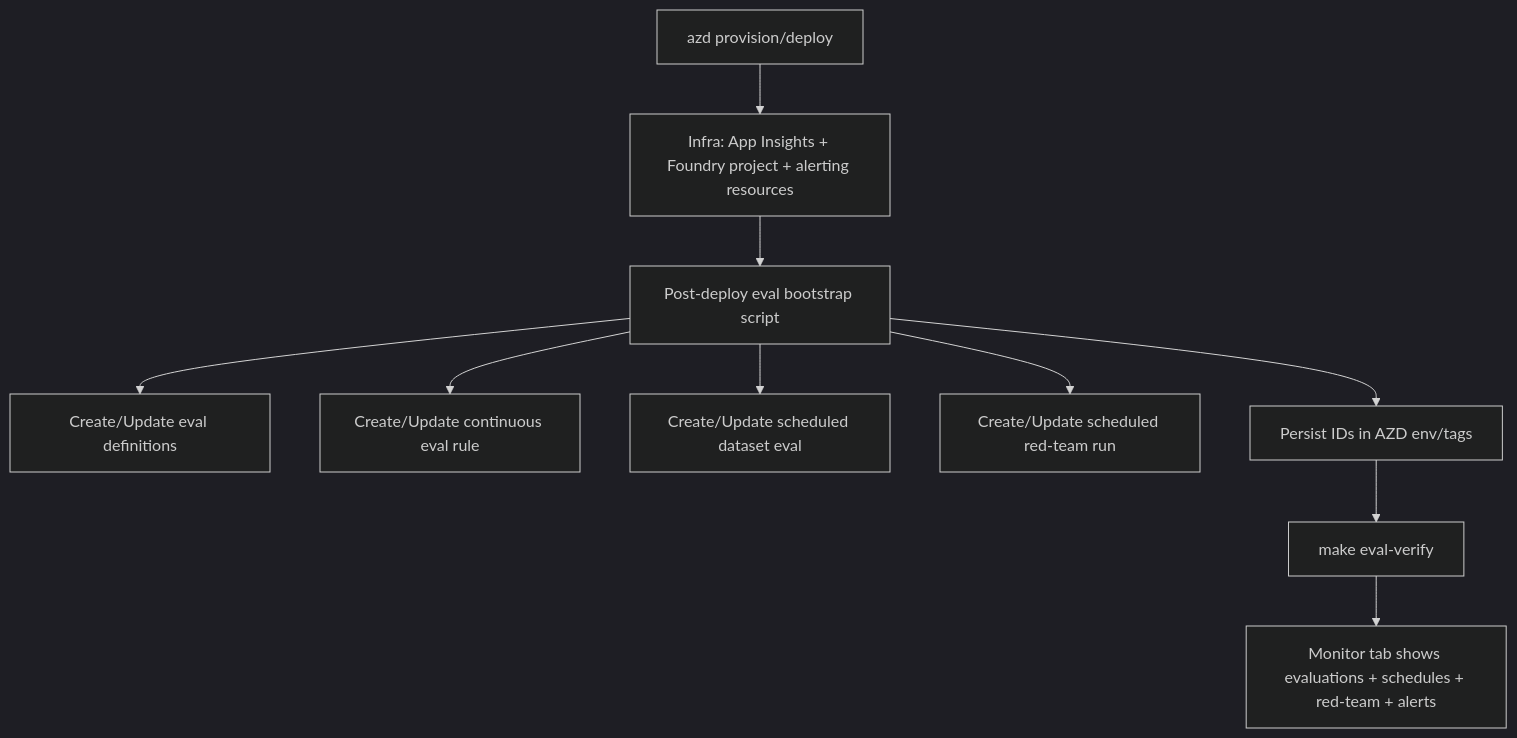
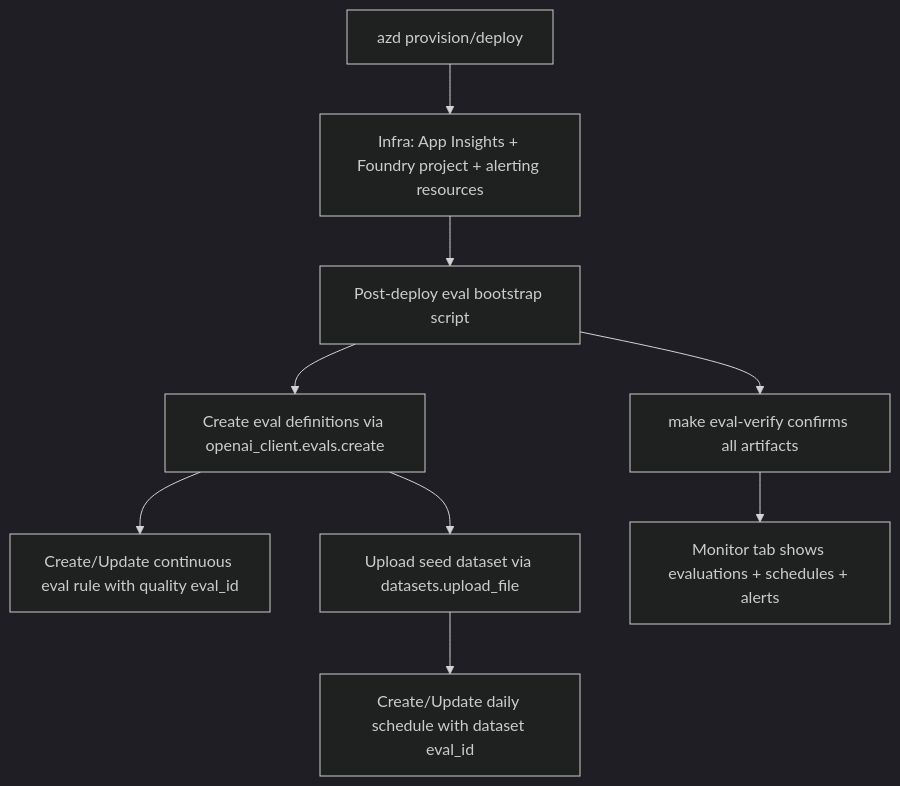
One commit to aldelar/azure-knowledge-base-ingestion changed the diagram in docs/epics/006-foundry-agent-evaluations.md. Above: the diagram before and after it, drawn with Mermaid (dark theme). The commit also changed other lines of this file and 32 other files, not shown here.

````diff
--- a/docs/epics/006-foundry-agent-evaluations.md
+++ b/docs/epics/006-foundry-agent-evaluations.md
@@ -79,12 +104,11 @@
 ```mermaid
 flowchart TD
     A[azd provision/deploy] --> B[Infra: App Insights + Foundry project + alerting resources]
     B --> C[Post-deploy eval bootstrap script]
-    C --> D[Create/Update eval definitions]
-    C --> E[Create/Update continuous eval rule]
-    C --> F[Create/Update scheduled dataset eval]
-    C --> G[Create/Update scheduled red-team run]
-    C --> H[Persist IDs in AZD env/tags]
-    H --> I[make eval-verify]
-    I --> J[Monitor tab shows evaluations + schedules + red-team + alerts]
+    C --> D[Create eval definitions via openai_client.evals.create]
+    D --> E[Create/Update continuous eval rule with quality eval_id]
+    D --> F0[Upload seed dataset via datasets.upload_file]
+    F0 --> F[Create/Update daily schedule with dataset eval_id]
+    C --> H[make eval-verify confirms all artifacts]
+    H --> I[Monitor tab shows evaluations + schedules + alerts]
 ```
````
